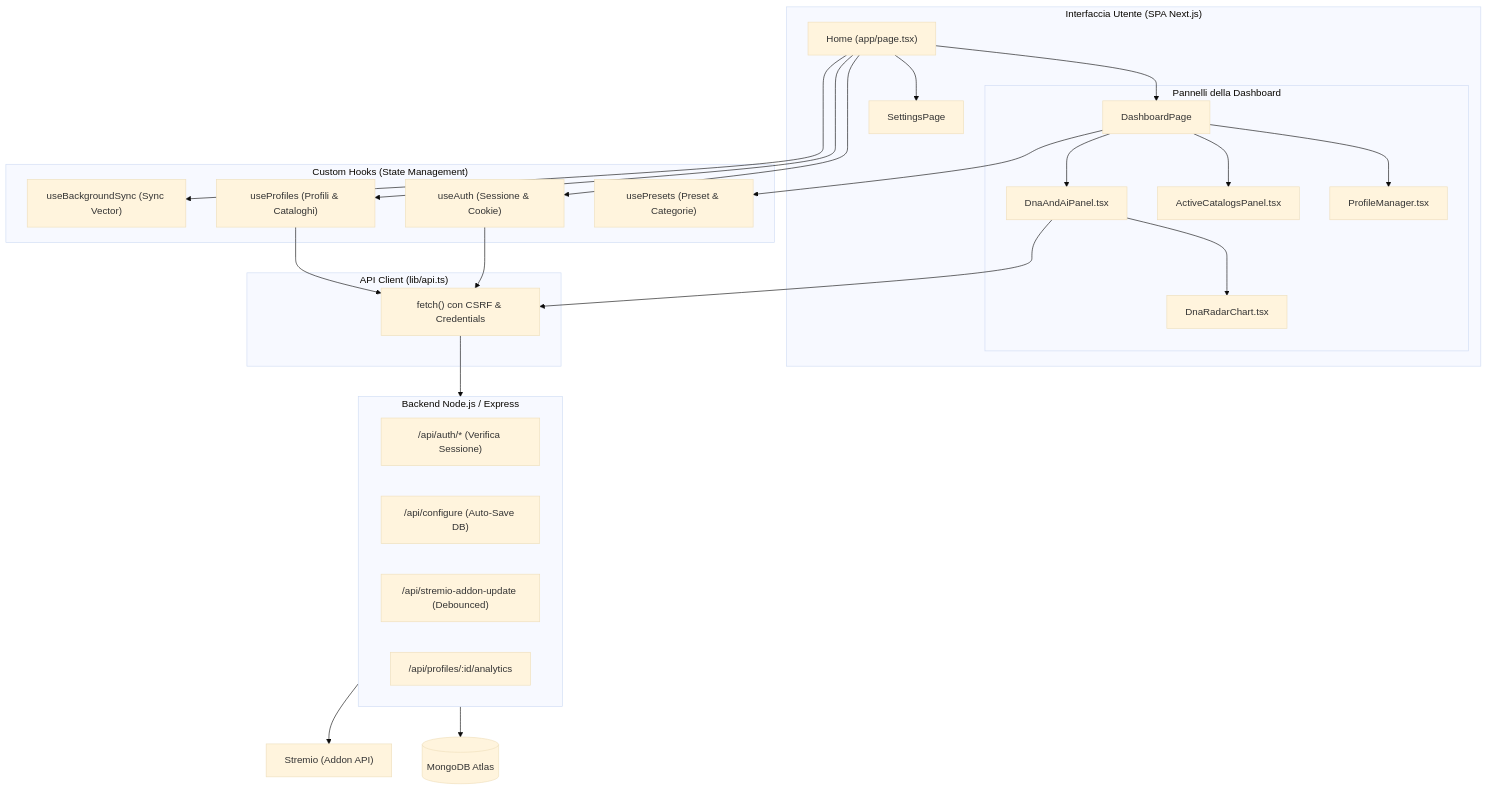
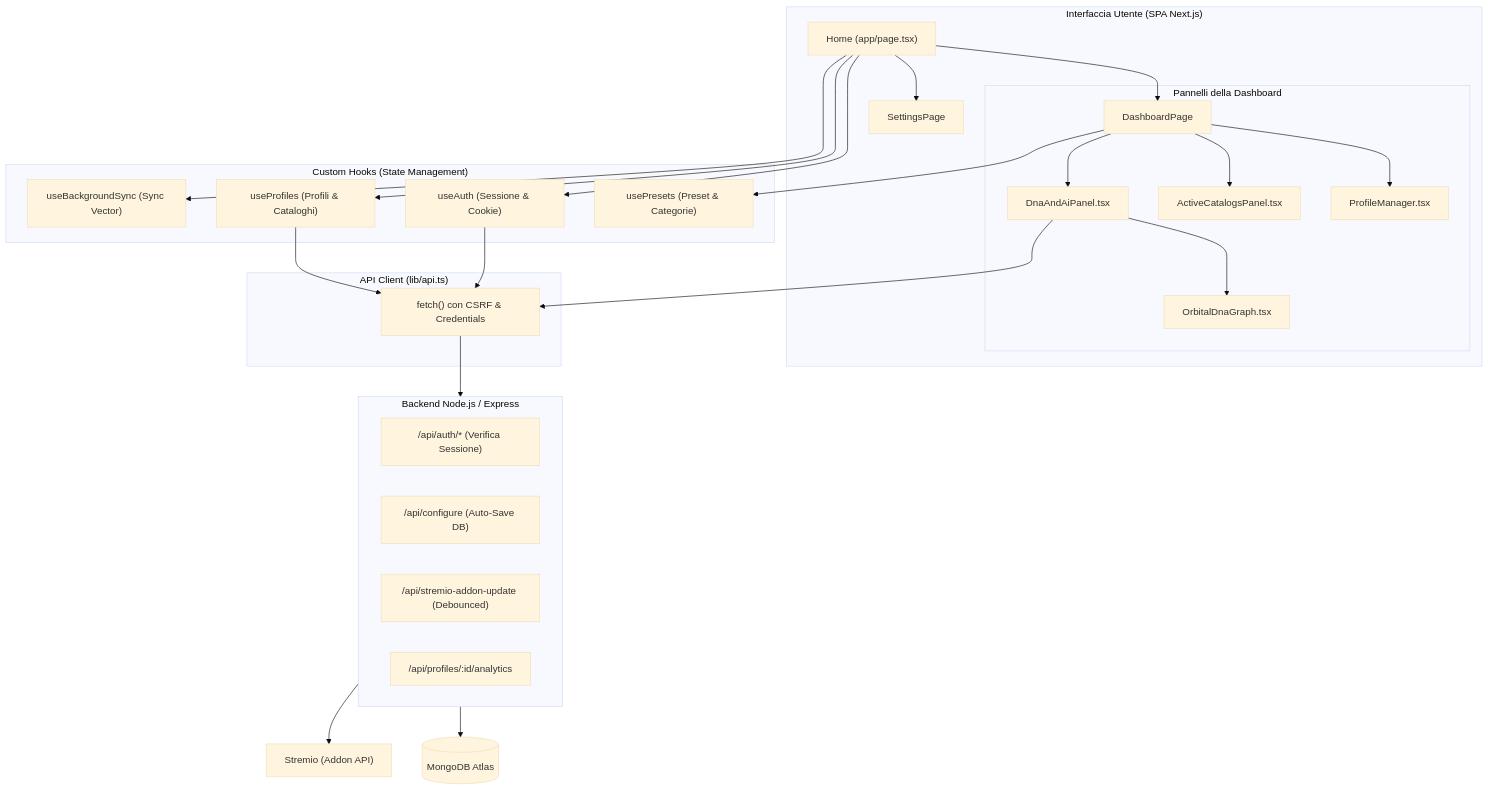
One commit to gabrielefuoco/YACA changed the diagram in docs/FRONTEND.md. Above: the diagram before and after it, drawn with Mermaid (base theme). The commit also changed other lines of this file and 12 other files, not shown here.

````diff
--- a/docs/FRONTEND.md
+++ b/docs/FRONTEND.md
@@ -17,55 +17,55 @@
 ```mermaid
 graph TD
     subgraph UI ["Interfaccia Utente (SPA Next.js)"]
         Home["Home (app/page.tsx)"]
         DashPage["DashboardPage"]
         SetPage["SettingsPage"]
         
         Home --> DashPage
         Home --> SetPage
         
         subgraph Dashboard ["Pannelli della Dashboard"]
             PM["ProfileManager.tsx"]
             ACP["ActiveCatalogsPanel.tsx"]
             DAP["DnaAndAiPanel.tsx"]
-            Radar["DnaRadarChart.tsx"]
+            Radar["OrbitalDnaGraph.tsx"]
             
             DashPage --> PM
             DashPage --> ACP
             DashPage --> DAP
             DAP --> Radar
         end
     end
 
     subgraph Hooks ["Custom Hooks (State Management)"]
         useAuth["useAuth (Sessione & Cookie)"]
         useProfiles["useProfiles (Profili & Cataloghi)"]
         usePresets["usePresets (Preset & Categorie)"]
         useBgSync["useBackgroundSync (Sync Vector)"]
         
         Home --> useAuth
         Home --> useProfiles
         Home --> useBgSync
         DashPage --> usePresets
     end
 
     subgraph API_Client ["API Client (lib/api.ts)"]
         apiCall["fetch() con CSRF & Credentials"]
     end
 
     subgraph Backend ["Backend Node.js / Express"]
         apiAuth["/api/auth/* (Verifica Sessione)"]
         apiConfig["/api/configure (Auto-Save DB)"]
         apiStremio["/api/stremio-addon-update (Debounced)"]
         apiAnalytics["/api/profiles/:id/analytics"]
     end
 
     useAuth --> apiCall
     useProfiles --> apiCall
     DAP --> apiCall
     
     apiCall --> Backend
     
     Backend --> DB[(MongoDB Atlas)]
     Backend --> Stremio["Stremio (Addon API)"]
 ```
````
